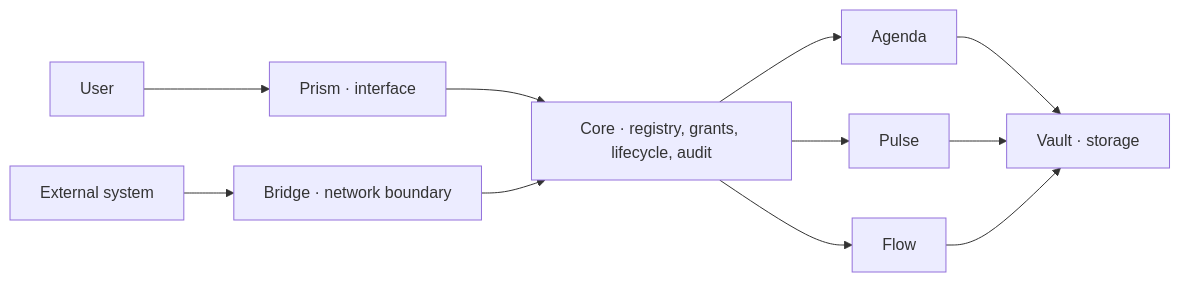
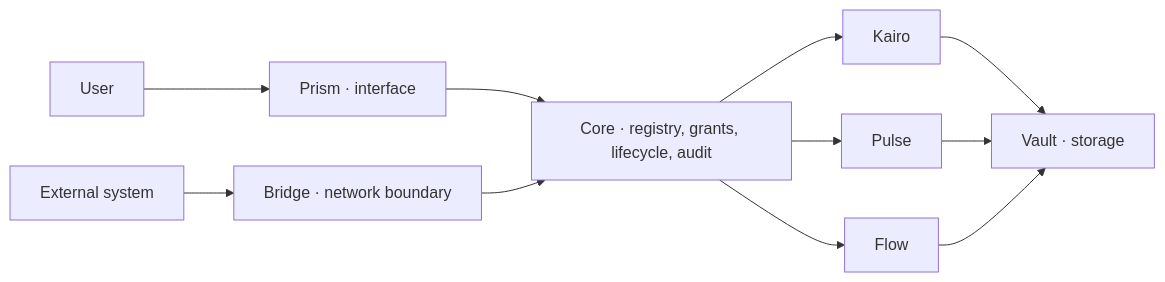
Before and after one commit to julianra/ivy-public: the diagram in docs/en/README.md, drawn with Mermaid. The commit also changed other lines of this file and 11 other files, not shown here.

Commit message:
Rename Agenda references to Kairo

````diff
--- a/docs/en/README.md
+++ b/docs/en/README.md
@@ -54,13 +54,13 @@
 ```mermaid
 flowchart LR
     User["User"] --> Prism["Prism · interface"]
     External["External system"] --> Bridge["Bridge · network boundary"]
     Prism --> Core["Core · registry, grants, lifecycle, audit"]
     Bridge --> Core
-    Core --> Agenda["Agenda"]
+    Core --> Kairo["Kairo"]
     Core --> Pulse["Pulse"]
     Core --> Flow["Flow"]
-    Agenda --> Vault["Vault · storage"]
+    Kairo --> Vault["Vault · storage"]
     Pulse --> Vault
     Flow --> Vault
 ```
````
